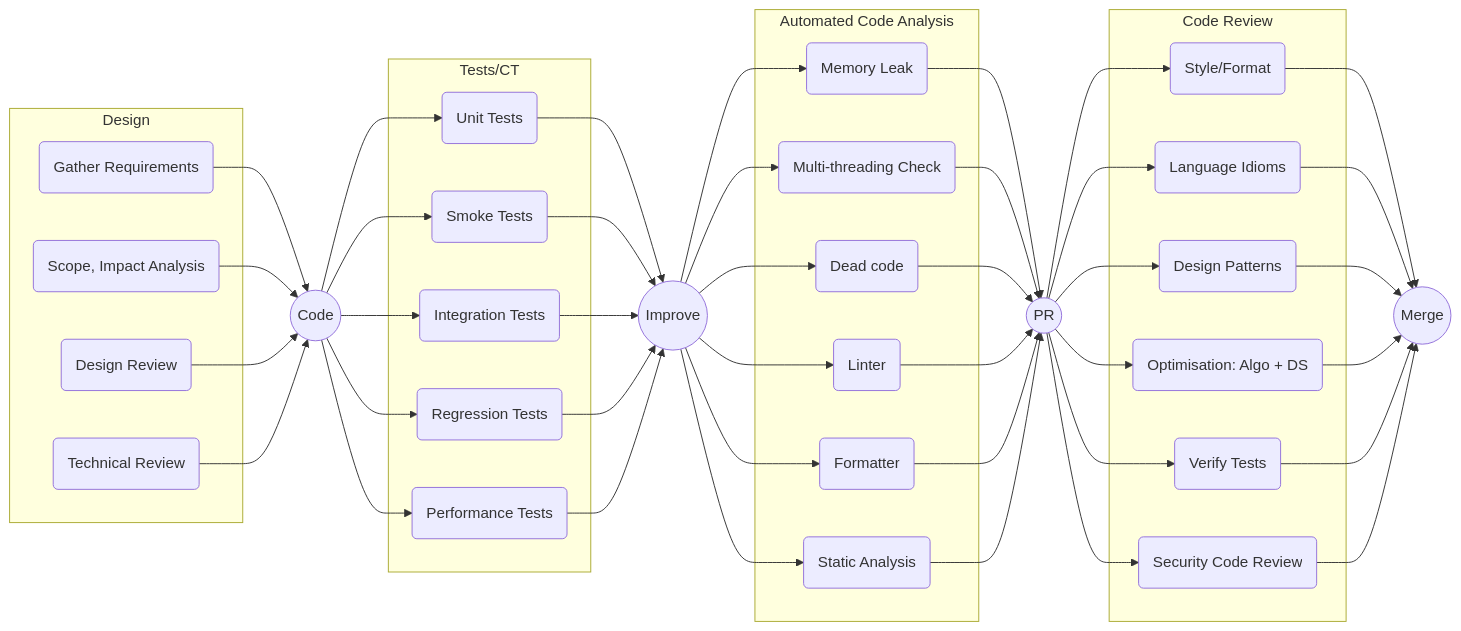
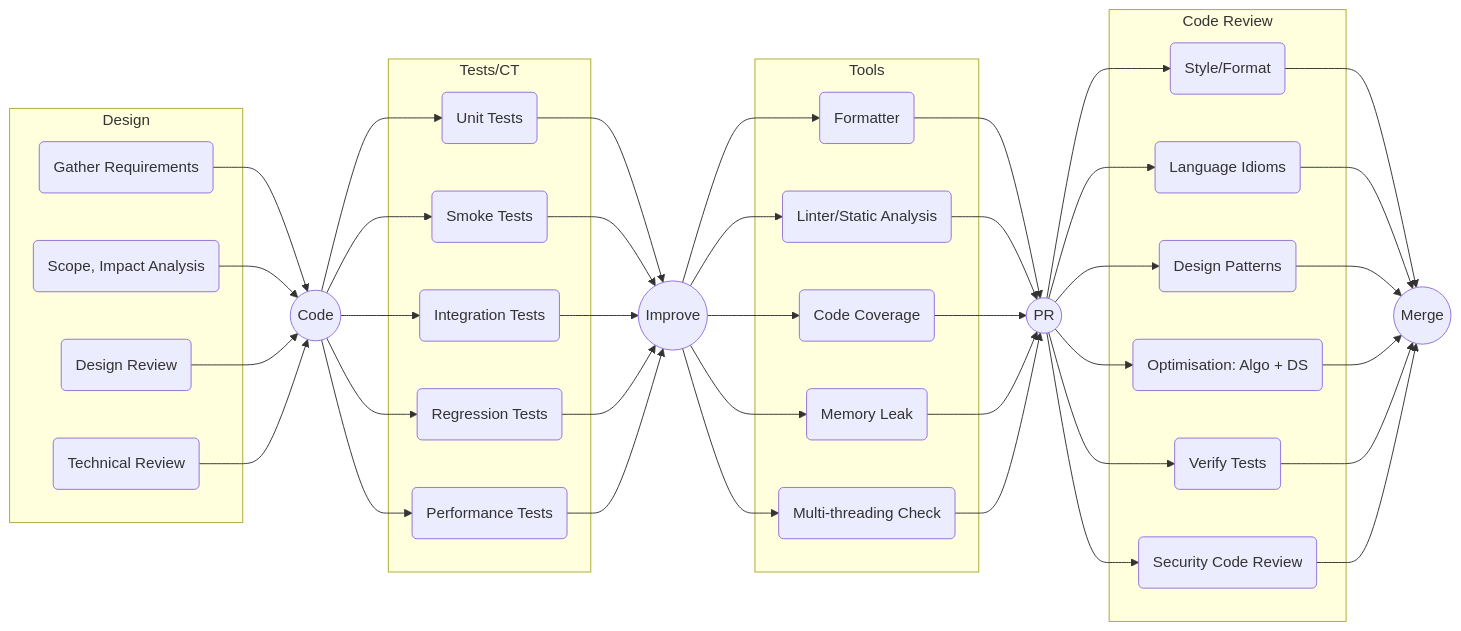
One commit to code2pro/code-review-done-right changed the diagram in img/code-to-code-review-merge.mmd. Above: the diagram before and after it, drawn with Mermaid. The commit also changed 3 other files, not shown here.

```diff
--- a/img/code-to-code-review-merge.mmd
+++ b/img/code-to-code-review-merge.mmd
@@ -1,112 +1,108 @@
 graph LR
 
 CQ(Gather Requirements);
 CS(Scope, Impact Analysis);
 DR(Design Review);
 TR(Technical Review);
 
 C((Code));
 
 U(Unit Tests);
 ST(Smoke Tests);
 IT(Integration Tests);
 RT(Regression Tests);
 PT(Performance Tests);
 
 IM((Improve))
 
+F(Formatter);
+SA(Linter/Static Analysis);
+CV(Code Coverage);
 ML(Memory Leak);
 MT(Multi-threading Check);
-DC(Dead code);
-L(Linter);
-F(Formatter);
-SA(Static Analysis);
 
 PR((PR));
 
 Style(Style/Format);
 CRI(Language Idioms);
 CRD(Design Patterns);
 CRA(Optimisation: Algo + DS);
 VR(Verify Tests);
 SCR(Security Code Review);
 
 M((Merge));
 
 subgraph Design
   CQ
   CS
   DR
   TR
 end
 
 subgraph Tests/CT
   U
   ST
   IT
   RT
   PT
 end
 
-subgraph Automated Code Analysis
+subgraph Tools
+  F
+  SA
+  CV
   ML
   MT
-  DC
-  L
-  F
-  SA
 end
 
 subgraph Code Review
   Style
   CRI
   CRD
   CRA
   VR
   SCR
 end
 
 CQ --> C;
 CS --> C;
 DR --> C;
 TR --> C;
 
 C --> U;
 C --> ST;
 C --> IT;
 C --> RT;
 C --> PT;
 
 U --> IM;
 ST --> IM;
 IT --> IM;
 RT --> IM;
 PT --> IM;
 
+IM --> F;
+IM --> SA;
+IM --> CV;
 IM --> ML;
 IM --> MT;
-IM --> DC;
-IM --> L;
-IM --> F;
-IM --> SA;
 
+F --> PR;
+SA --> PR;
+CV --> PR;
 ML --> PR;
 MT --> PR;
-DC --> PR;
-L --> PR;
-F --> PR;
-SA --> PR;
 
 PR --> Style;
 PR --> CRI;
 PR --> CRD;
 PR --> CRA;
 PR --> VR;
 PR --> SCR;
 
 Style --> M;
 CRI --> M;
 CRD --> M;
 CRA --> M;
 VR --> M;
 SCR --> M;
```
